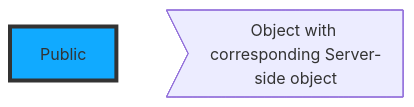
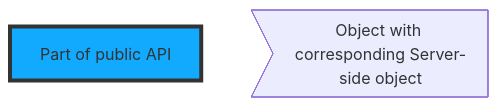
One commit to emabee/rust-hdbconnect changed the second of 2 diagrams in doc/References.md. Above: the diagram before and after it, drawn with Mermaid. The commit also changed other lines of this file and 55 other files, not shown here.

````diff
--- a/doc/References.md
+++ b/doc/References.md
@@ -51,9 +51,9 @@
 ```mermaid
 flowchart
 
-    Public
+    Public[Part of public API]
     Drop>Object with corresponding Server-side object]
 
     classDef Public fill:#1af,stroke:#333,stroke-width:4px;
     class Public Public;
 ```
````
